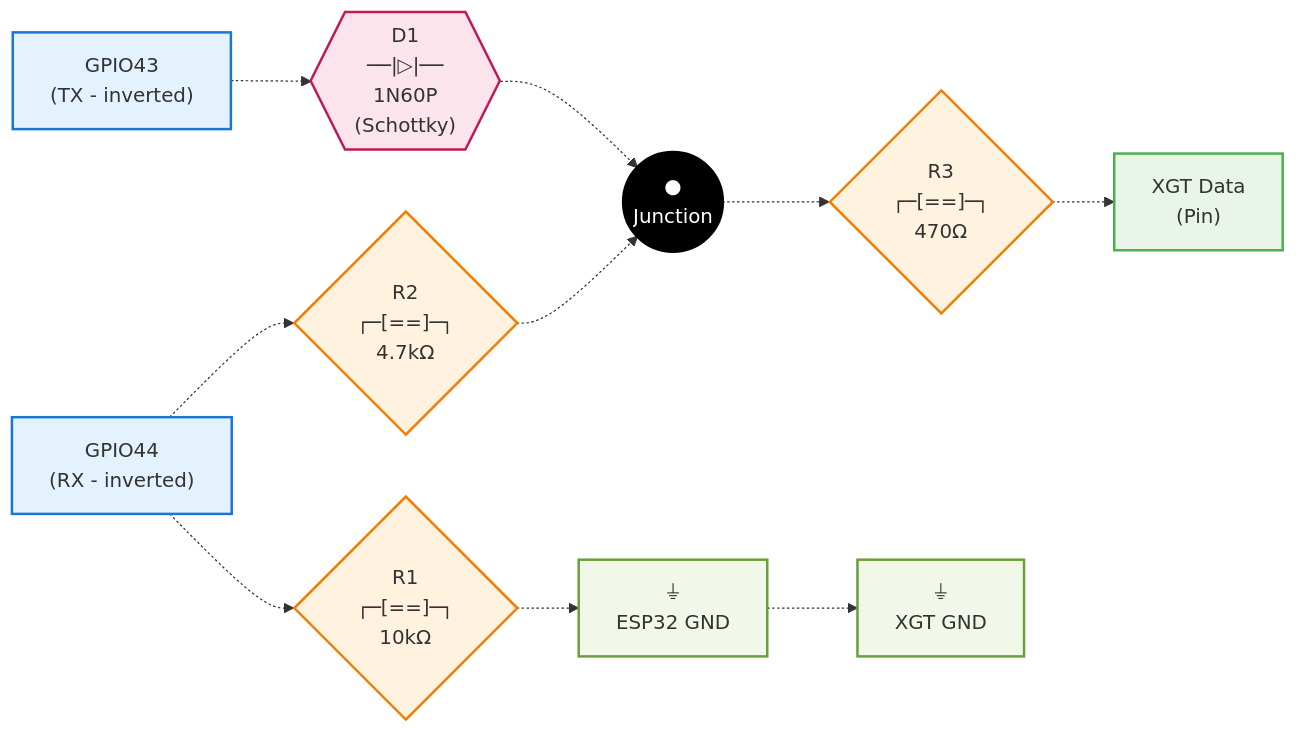
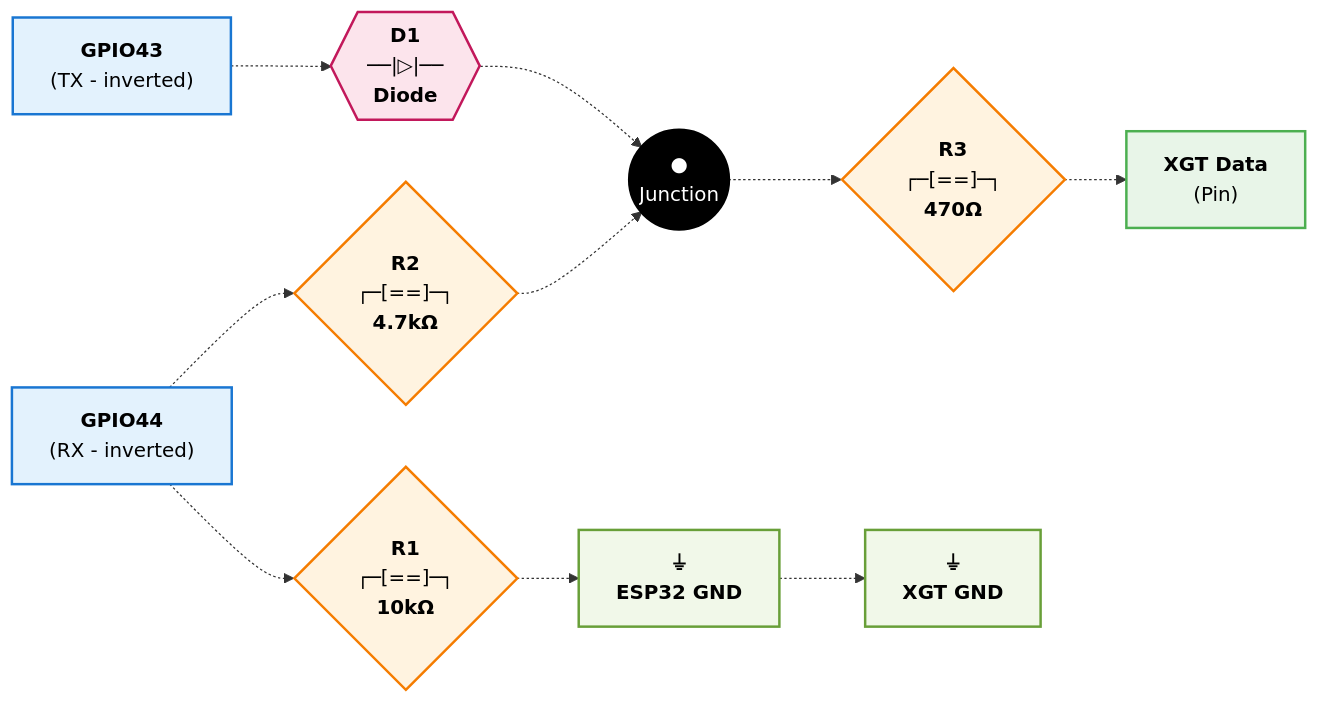
The diagram in README.md (clowrey/ESPHome-XGT), drawn with Mermaid before and after one commit. The commit also changed other lines of this file, not shown here.

````diff
--- a/README.md
+++ b/README.md
@@ -40,48 +40,65 @@
 ```mermaid
 flowchart LR
     %% ESP32 Pins
-    TX["GPIO43<br/>(TX - inverted)"]
-    RX["GPIO44<br/>(RX - inverted)"]
+    TX["`**GPIO43**
+    (TX - inverted)`"]
+    RX["`**GPIO44** 
+    (RX - inverted)`"]
     
-    %% Interface Components  
-    R1{"R1<br/>┌─[==]─┐<br/>10kΩ"}
-    R2{"R2<br/>┌─[==]─┐<br/>4.7kΩ"}
-    R3{"R3<br/>┌─[==]─┐<br/>470Ω"}
-    D1{{"D1<br/>──|▷|──<br/>1N60P<br/>(Schottky)"}}
+    %% Interface Components
+    R1{"`**R1**
+    ┌─[==]─┐
+    **10kΩ**`"}
+    
+    R2{"`**R2**
+    ┌─[==]─┐
+    **4.7kΩ**`"}
+    
+    R3{"`**R3**
+    ┌─[==]─┐
+    **470Ω**`"}
+    
+    D1{{"`**D1**
+    ──|▷|──
+    **Diode**`"}}
     
     %% Connection Points
-    MID(("●<br/>Junction"))
+    MID(("`**●**
+    Junction`"))
     
     %% XGT Battery
-    DATA["XGT Data<br/>(Pin)"]
+    DATA["`**XGT Data**
+    (Pin)`"]
     
     %% Ground Symbols
-    GND_ESP["⏚<br/>ESP32 GND"]
-    GND_XGT["⏚<br/>XGT GND"]
+    GND_ESP["`**⏚**
+    **ESP32 GND**`"]
+    GND_XGT["`**⏚**
+    **XGT GND**`"]
     
-    %% Connections
+    %% Connections with better spacing
     TX -.-> D1
     D1 -.-> MID
     RX -.-> R2
     R2 -.-> MID
     RX -.-> R1
     R1 -.-> GND_ESP
     MID -.-> R3
     R3 -.-> DATA
     GND_ESP -.-> GND_XGT
     
     %% Styling
-    classDef pinStyle fill:#e3f2fd,stroke:#1976d2,stroke-width:2px
-    classDef resistorStyle fill:#fff3e0,stroke:#f57c00,stroke-width:2px
-    classDef diodeStyle fill:#fce4ec,stroke:#c2185b,stroke-width:2px
+    classDef pinStyle fill:#e3f2fd,stroke:#1976d2,stroke-width:2px,color:#000
+    classDef resistorStyle fill:#fff3e0,stroke:#f57c00,stroke-width:2px,color:#000
+    classDef diodeStyle fill:#fce4ec,stroke:#c2185b,stroke-width:2px,color:#000
     classDef junctionStyle fill:#000,stroke:#000,stroke-width:3px,color:#fff
-    classDef groundStyle fill:#f1f8e9,stroke:#689f38,stroke-width:2px
-    classDef dataStyle fill:#e8f5e8,stroke:#4caf50,stroke-width:2px
+    classDef groundStyle fill:#f1f8e9,stroke:#689f38,stroke-width:2px,color:#000
+    classDef dataStyle fill:#e8f5e8,stroke:#4caf50,stroke-width:2px,color:#000
     
     class TX,RX pinStyle
     class R1,R2,R3 resistorStyle
     class D1 diodeStyle
     class MID junctionStyle
     class GND_ESP,GND_XGT groundStyle
     class DATA dataStyle
 ```
````
